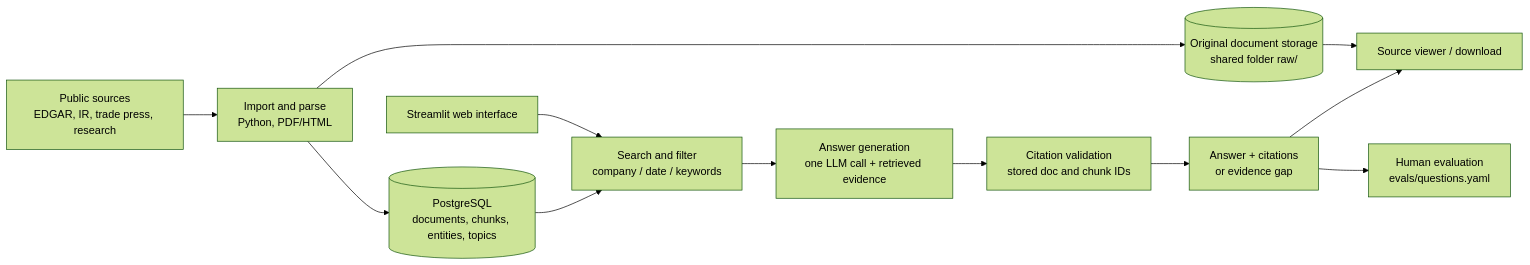
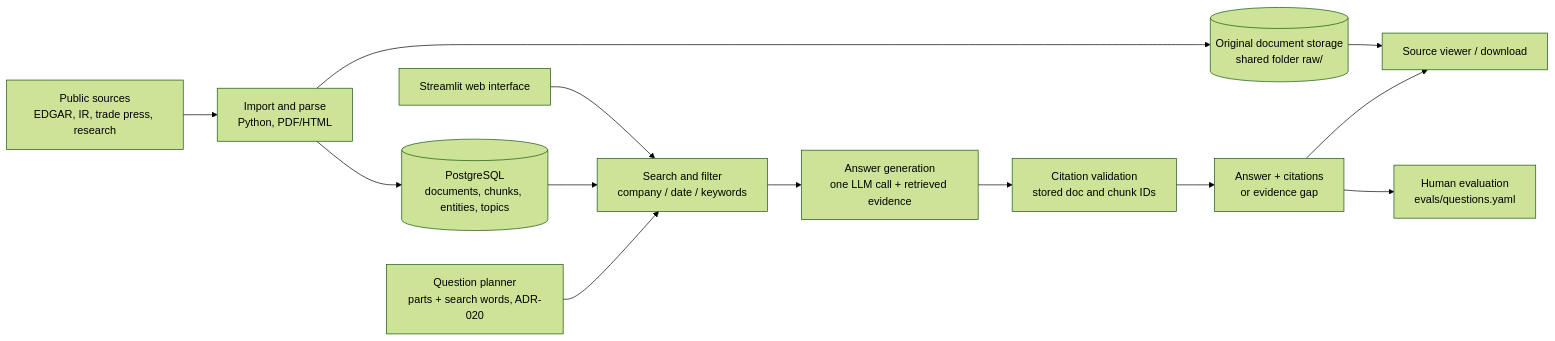
The diagram in docs/ARCHITECTURE.md (RENEGADES20/Competitive-Evidence-Engine-EDJ), drawn with Mermaid (forest theme) before and after one commit. The commit also changed 23 other files, not shown here.

First line of the commit message:
Question planner: split a question into parts and search each part, ADR-020 (#214) (#223)

````diff
--- a/docs/ARCHITECTURE.md
+++ b/docs/ARCHITECTURE.md
@@ -8,14 +8,15 @@
 ```mermaid
 flowchart LR
     A[Public sources<br/>EDGAR, IR, trade press, research] --> B[Import and parse<br/>Python, PDF/HTML]
     B --> C[(Original document storage<br/>shared folder raw/)]
     B --> D[(PostgreSQL<br/>documents, chunks, entities, topics)]
     E[Streamlit web interface] --> F[Search and filter<br/>company / date / keywords]
     D --> F
+    P[Question planner<br/>parts + search words, ADR-020] --> F
     F --> G[Answer generation<br/>one LLM call + retrieved evidence]
     G --> H[Citation validation<br/>stored doc and chunk IDs]
     H --> I[Answer + citations<br/>or evidence gap]
     I --> J[Human evaluation<br/>evals/questions.yaml]
     C --> K[Source viewer / download]
     I --> K
 ```
````
